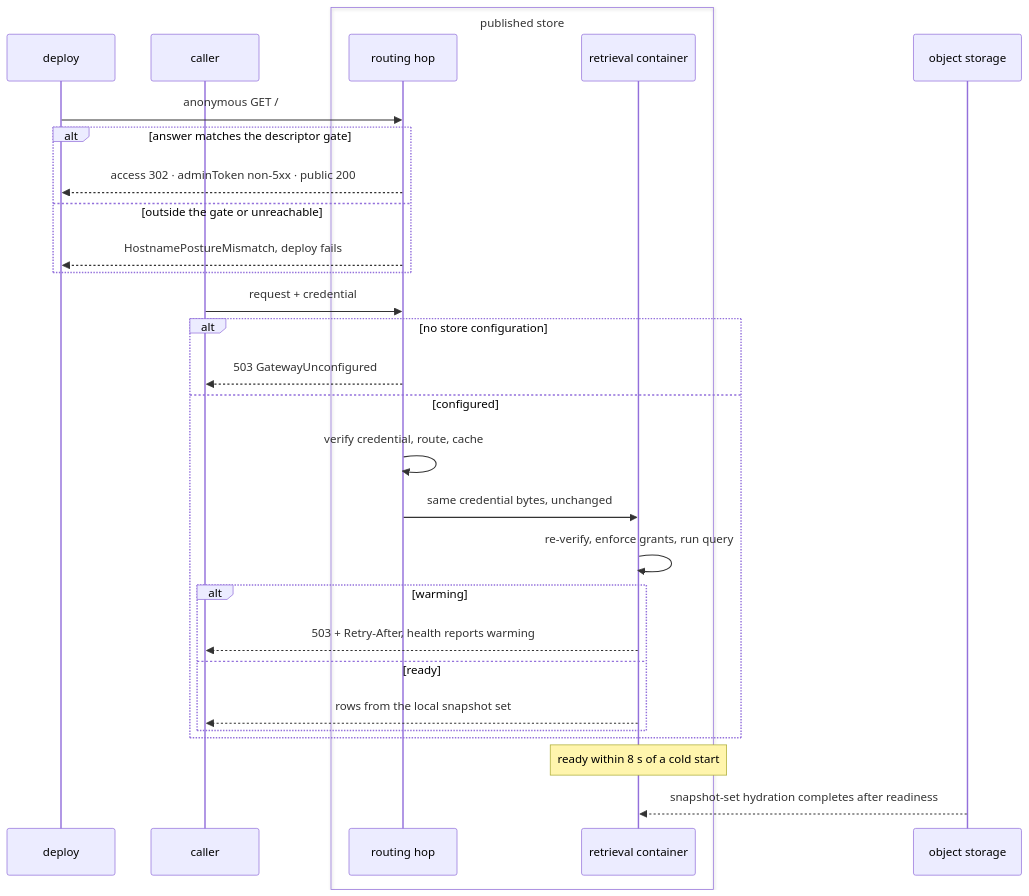
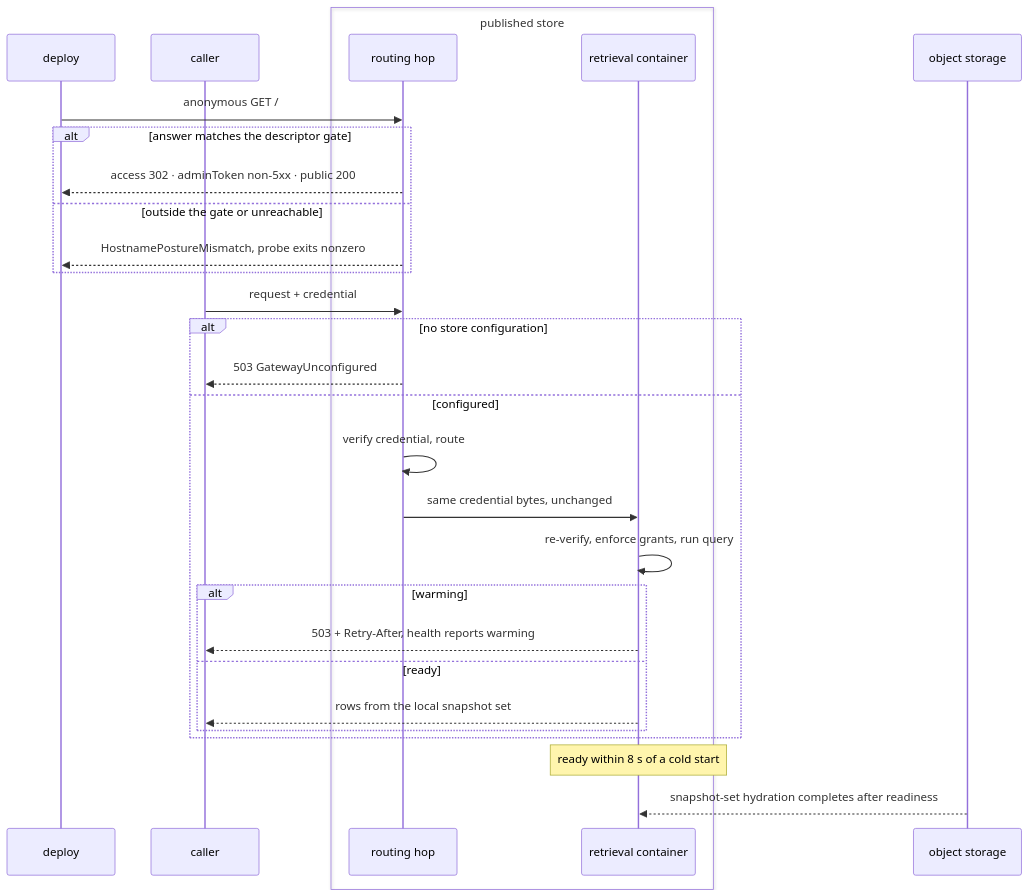
Before and after one commit to fractalboxdev/contextful: the fourth of 5 diagrams in spec/01-topology.md, drawn with Mermaid. The commit also changed other lines of this file and 15 other files, not shown here.

First line of the commit message:
topology: `contextful-ci deploy probe` holds each published hostname to its descriptor's gate; milestone 10 passes (#267)

````diff
--- a/spec/01-topology.md
+++ b/spec/01-topology.md
@@ -232,33 +234,33 @@
 ```mermaid
 sequenceDiagram
   participant D as deploy
   participant C as caller
   box published store
     participant H as routing hop
     participant R as retrieval container
   end
   participant O as object storage
 
   D->>H: anonymous GET /
   alt answer matches the descriptor gate
     H-->>D: access 302 · adminToken non-5xx · public 200
   else outside the gate or unreachable
-    H-->>D: HostnamePostureMismatch, deploy fails
+    H-->>D: HostnamePostureMismatch, probe exits nonzero
   end
 
   C->>H: request + credential
   alt no store configuration
     H-->>C: 503 GatewayUnconfigured
   else configured
-    H->>H: verify credential, route, cache
+    H->>H: verify credential, route
     H->>R: same credential bytes, unchanged
     R->>R: re-verify, enforce grants, run query
     alt warming
       R-->>C: 503 + Retry-After, health reports warming
     else ready
       R-->>C: rows from the local snapshot set
     end
   end
   Note over R: ready within 8 s of a cold start
   O-->>R: snapshot-set hydration completes after readiness
 ```
````
